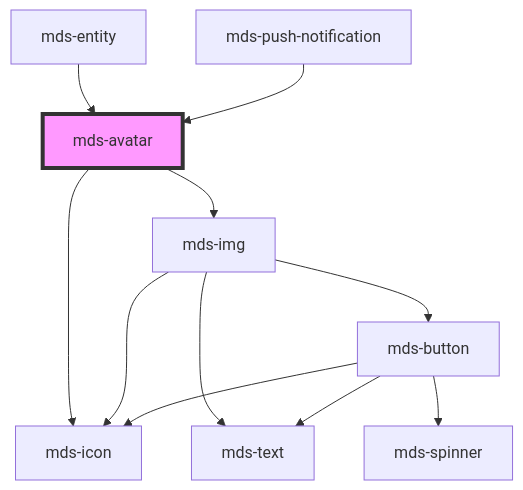
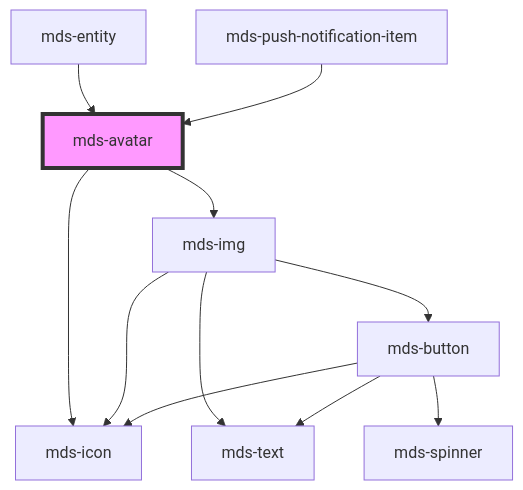
Before and after one commit to magma-design-system/magma: the diagram in projects/stencil/src/components/mds-avatar/readme.md, drawn with Mermaid. The commit also changed other lines of this file and 4 other files, not shown here.

````diff
--- a/projects/stencil/src/components/mds-avatar/readme.md
+++ b/projects/stencil/src/components/mds-avatar/readme.md
@@ -122,14 +122,14 @@
 ```mermaid
 graph TD;
   mds-avatar --> mds-img
   mds-avatar --> mds-icon
   mds-img --> mds-icon
   mds-img --> mds-text
   mds-img --> mds-button
   mds-button --> mds-spinner
   mds-button --> mds-icon
   mds-button --> mds-text
   mds-entity --> mds-avatar
-  mds-push-notification --> mds-avatar
+  mds-push-notification-item --> mds-avatar
   style mds-avatar fill:#f9f,stroke:#333,stroke-width:4px
 ```
````
